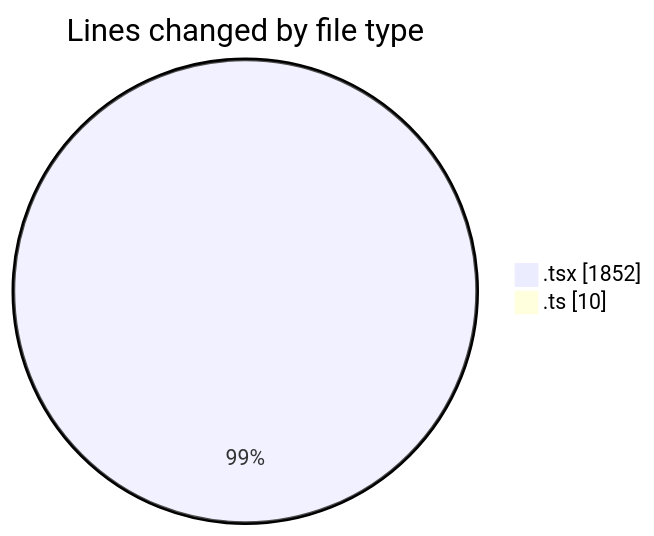
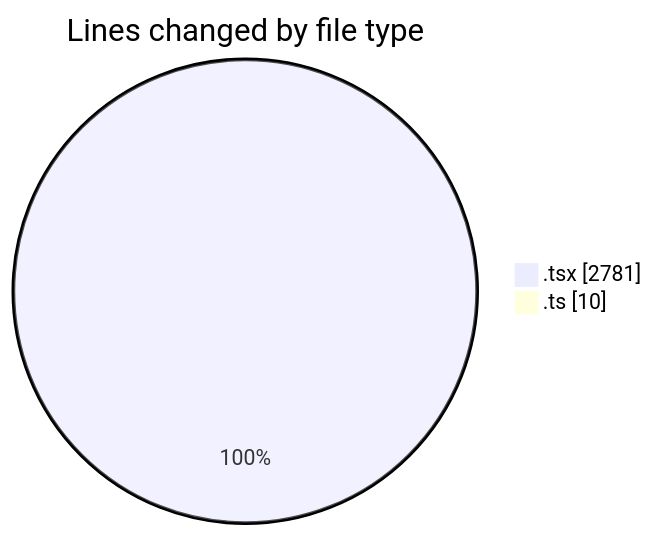
Before and after one commit to momahboobian/code-tracking: the first of 2 diagrams in 2025-11-07/cda/README.md, drawn with Mermaid. The commit also changed other lines of this file and 1 other file, not shown here.

````diff
--- a/2025-11-07/cda/README.md
+++ b/2025-11-07/cda/README.md
@@ -21,6 +21,6 @@
 ```mermaid
 pie showData
 title Lines changed by file type
-".tsx" : 1852
+".tsx" : 2781
 ".ts" : 10
 ```
````
